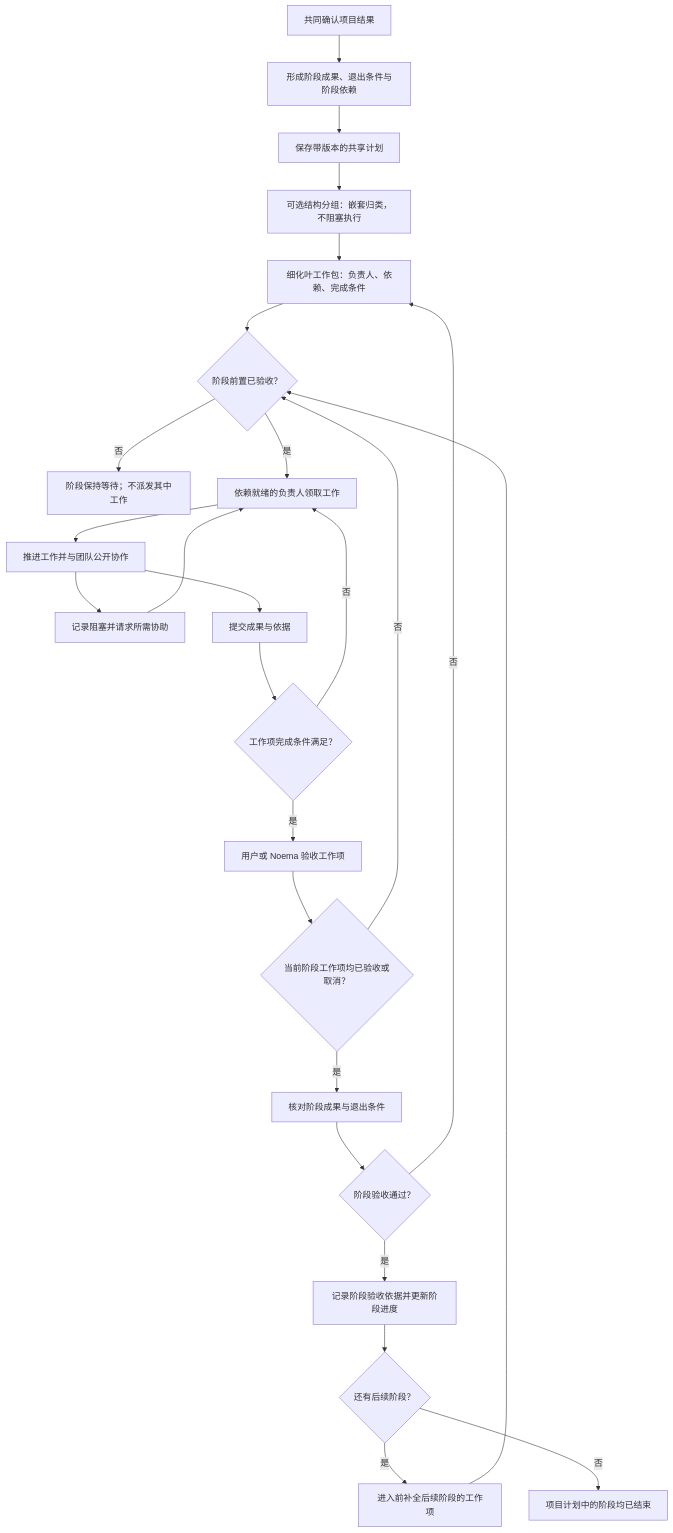
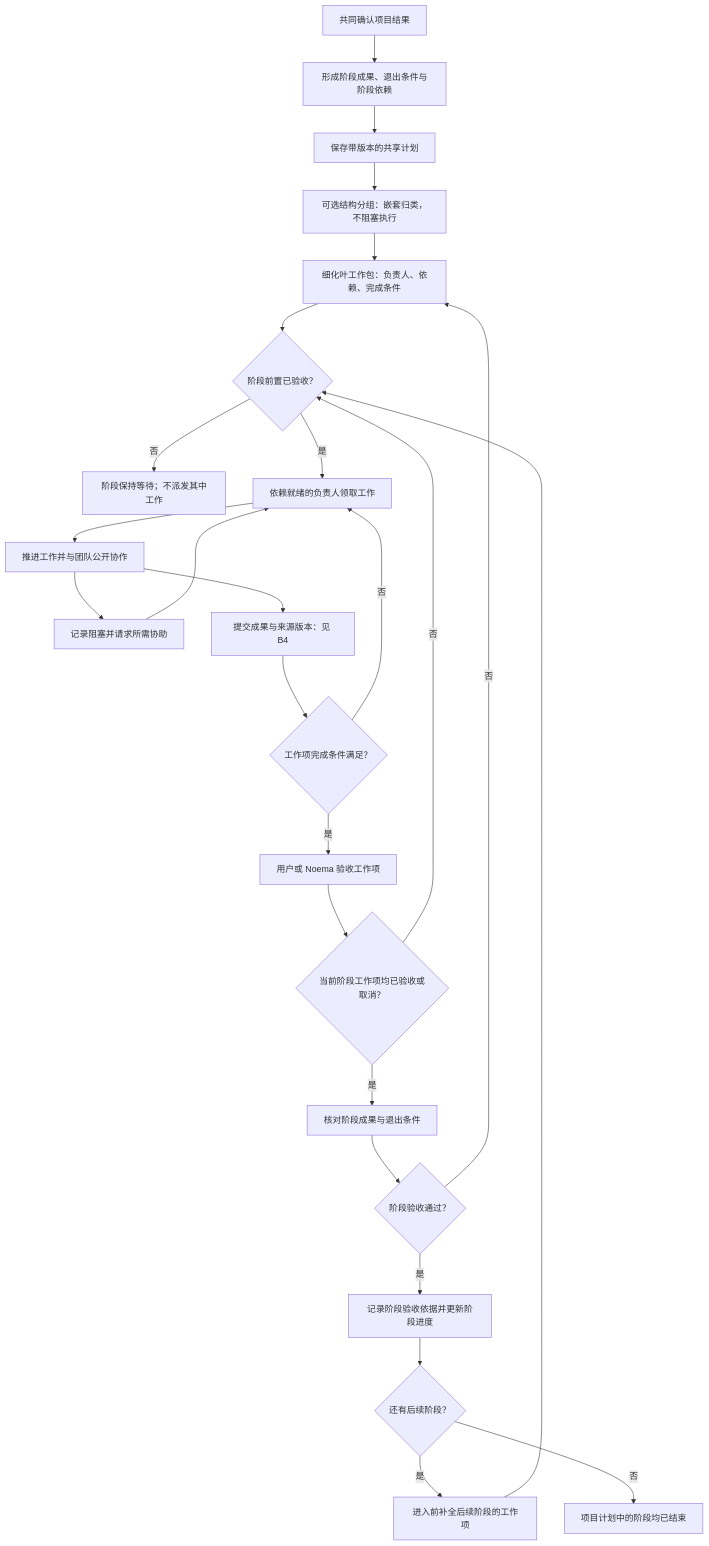
Before and after one commit to Noema-Harness/noema-agent: the eighth of 14 diagrams in docs/design/noema-core-flows.md, drawn with Mermaid. The commit also changed other lines of this file and 12 other files, not shown here.

````diff
--- a/docs/design/noema-core-flows.md
+++ b/docs/design/noema-core-flows.md
@@ -225,27 +225,27 @@
 ```mermaid
 flowchart TD
     RESULT[共同确认项目结果] --> BREAK[形成阶段成果、退出条件与阶段依赖]
     BREAK --> SAVE[保存带版本的共享计划]
     SAVE --> GROUP[可选结构分组：嵌套归类，不阻塞执行]
     GROUP --> CURRENT[细化叶工作包：负责人、依赖、完成条件]
     CURRENT --> READY{阶段前置已验收？}
     READY -- 否 --> WAIT[阶段保持等待；不派发其中工作]
     READY -- 是 --> PULL[依赖就绪的负责人领取工作]
     PULL --> WORK[推进工作并与团队公开协作]
     WORK --> BLOCK[记录阻塞并请求所需协助]
     BLOCK --> PULL
-    WORK --> SUBMIT[提交成果与依据]
+    WORK --> SUBMIT[提交成果与来源版本：见 B4]
     SUBMIT --> ITEM{工作项完成条件满足？}
     ITEM -- 否 --> PULL
     ITEM -- 是 --> ITEM_DONE[用户或 Noema 验收工作项]
     ITEM_DONE --> ALL{当前阶段工作项均已验收或取消？}
     ALL -- 否 --> READY
     ALL -- 是 --> GATE[核对阶段成果与退出条件]
     GATE --> PHASE{阶段验收通过？}
     PHASE -- 否 --> CURRENT
     PHASE -- 是 --> PHASE_DONE[记录阶段验收依据并更新阶段进度]
     PHASE_DONE --> NEXT{还有后续阶段？}
     NEXT -- 是 --> DETAIL[进入前补全后续阶段的工作项]
     DETAIL --> READY
     NEXT -- 否 --> COMPLETE[项目计划中的阶段均已结束]
 ```
````
